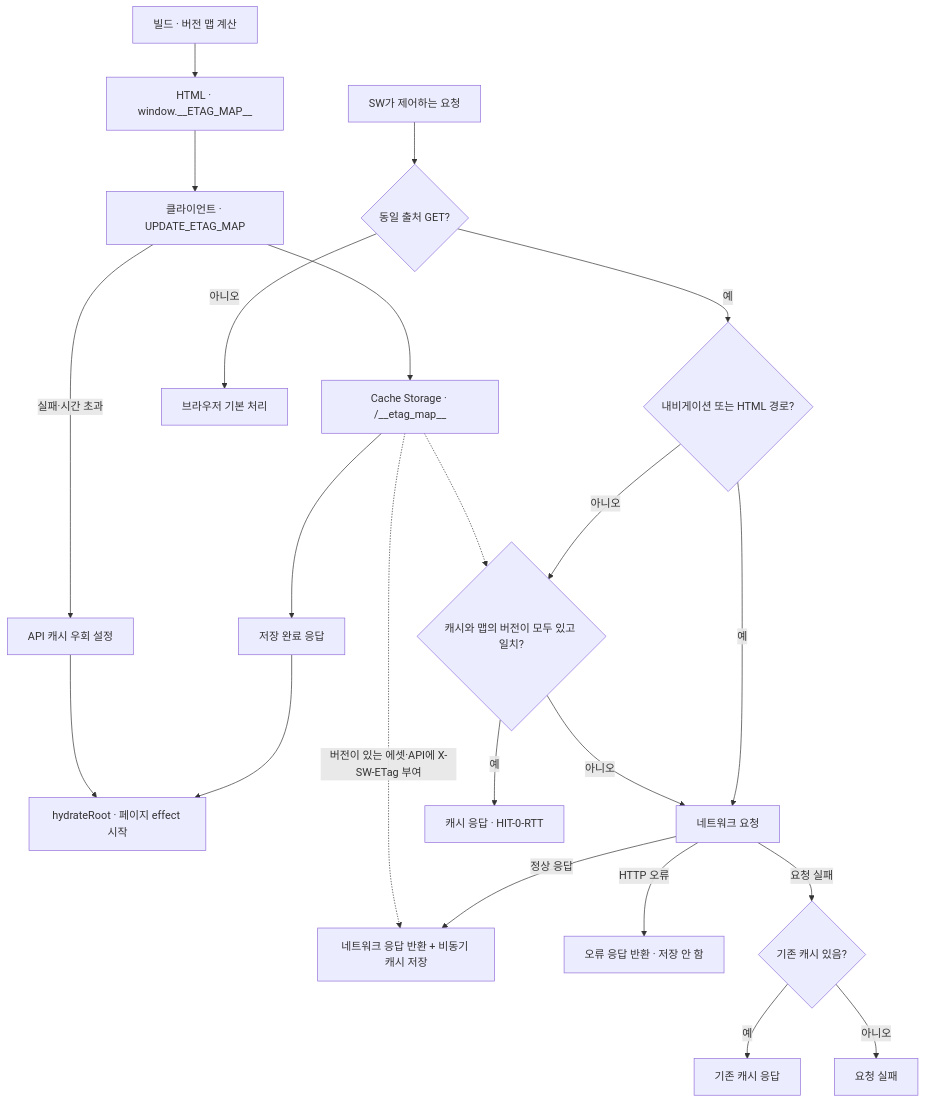
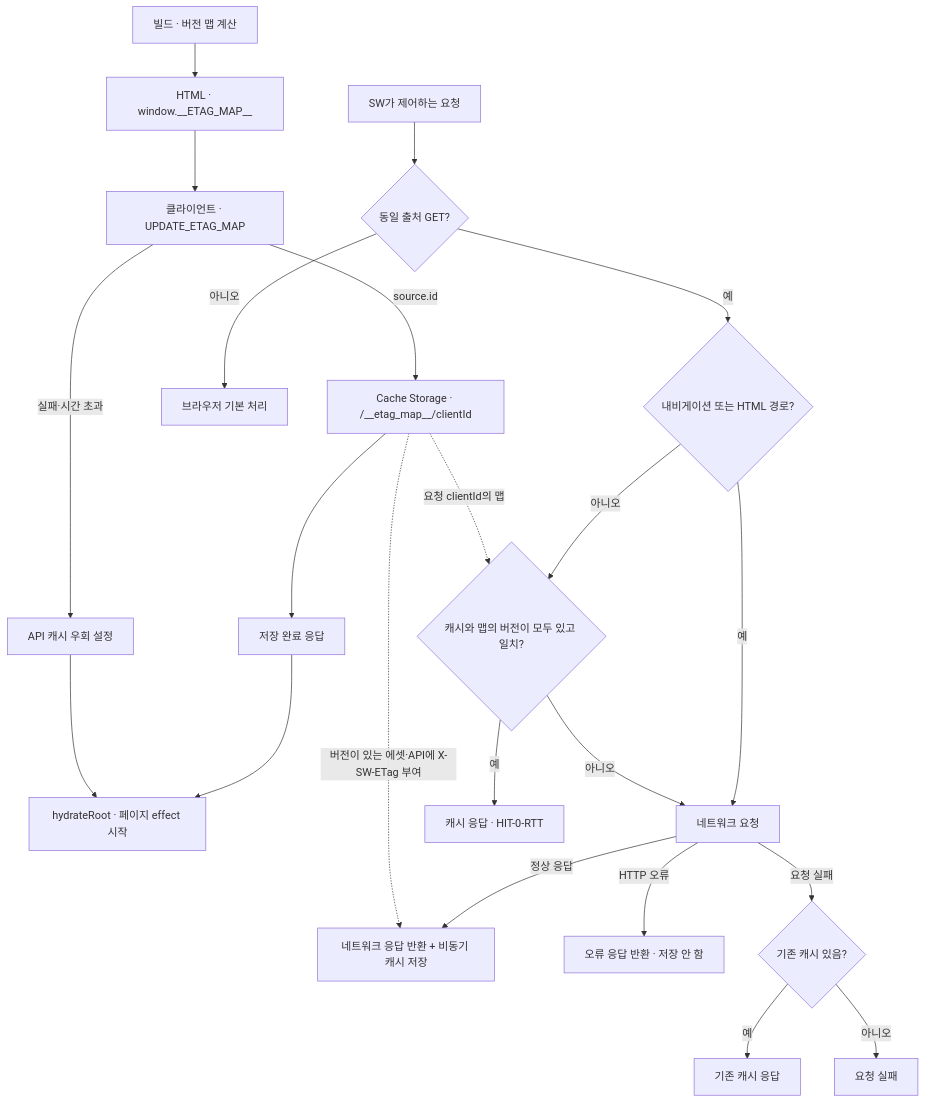
One commit to tomatoM4to/tomatoM4to.github.io changed the first of 2 diagrams in docs/ETag-Map.md. Above: the diagram before and after it, drawn with Mermaid. The commit also changed other lines of this file and 5 other files, not shown here.

````diff
--- a/docs/ETag-Map.md
+++ b/docs/ETag-Map.md
@@ -21,25 +24,25 @@
 ```mermaid
 flowchart TD
     Build["빌드 · 버전 맵 계산"] --> HTML["HTML · window.__ETAG_MAP__"]
     HTML --> Client["클라이언트 · UPDATE_ETAG_MAP"]
-    Client --> Map["Cache Storage · /__etag_map__"]
+    Client -->|source.id| Map["Cache Storage · /__etag_map__/clientId"]
     Map --> Ack["저장 완료 응답"]
     Ack --> Hydrate["hydrateRoot · 페이지 effect 시작"]
     Client -->|실패·시간 초과| Bypass["API 캐시 우회 설정"]
     Bypass --> Hydrate
 
     Request["SW가 제어하는 요청"] --> Scope{"동일 출처 GET?"}
     Scope -->|아니오| Browser["브라우저 기본 처리"]
     Scope -->|예| Nav{"내비게이션 또는 HTML 경로?"}
     Nav -->|예| Network["네트워크 요청"]
     Nav -->|아니오| Match{"캐시와 맵의 버전이 모두 있고 일치?"}
-    Map -.-> Match
+    Map -.->|요청 clientId의 맵| Match
     Match -->|예| Hit["캐시 응답 · HIT-0-RTT"]
     Match -->|아니오| Network
     Network -->|정상 응답| Save["네트워크 응답 반환 + 비동기 캐시 저장"]
     Network -->|HTTP 오류| HttpError["오류 응답 반환 · 저장 안 함"]
     Map -.->|버전이 있는 에셋·API에 X-SW-ETag 부여| Save
     Network -->|요청 실패| Cached{"기존 캐시 있음?"}
     Cached -->|예| Fallback["기존 캐시 응답"]
     Cached -->|아니오| Error["요청 실패"]
 ```
````
